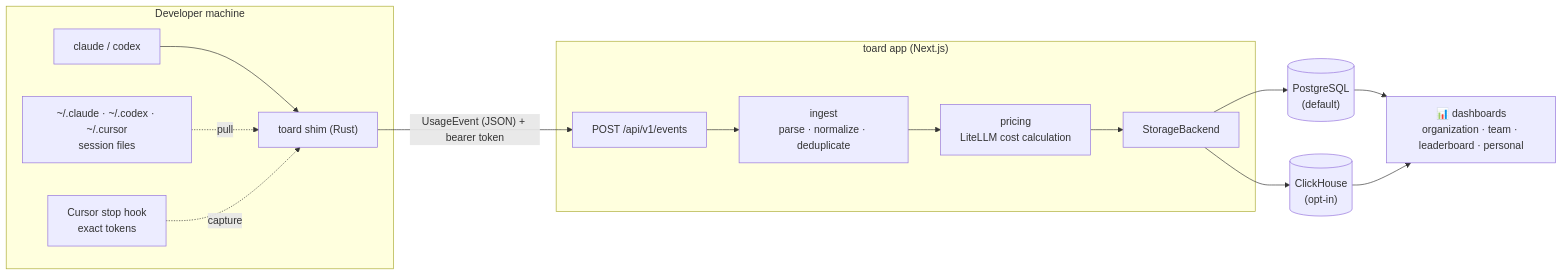
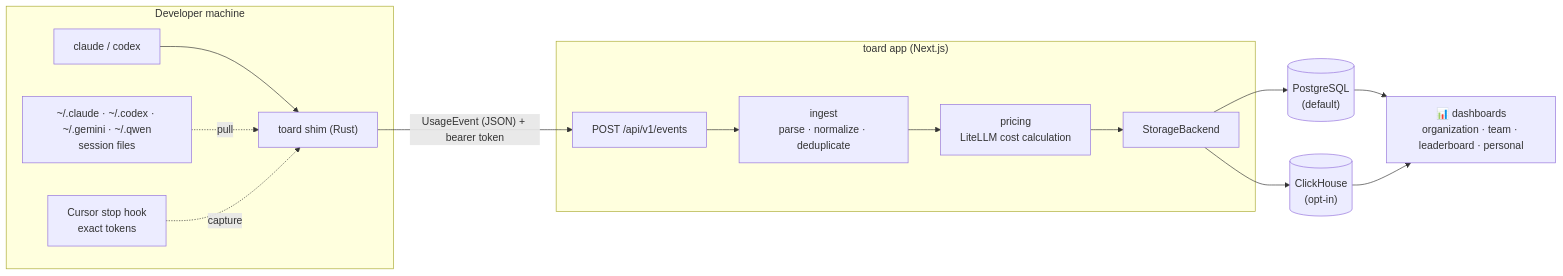
Before and after one commit to devy1540/toard: the diagram in README.md, drawn with Mermaid. The commit also changed other lines of this file and 6 other files, not shown here.

````diff
--- a/README.md
+++ b/README.md
@@ -45,18 +45,18 @@
 ```mermaid
 flowchart LR
     subgraph dev["Developer machine"]
         CLI["claude / codex"] --> SHIM["toard shim (Rust)"]
-        FILES["~/.claude · ~/.codex · ~/.cursor<br/>session files"] -. "pull" .-> SHIM
+        FILES["~/.claude · ~/.codex · ~/.gemini · ~/.qwen<br/>session files"] -. "pull" .-> SHIM
         CURSOR["Cursor stop hook<br/>exact tokens"] -. "capture" .-> SHIM
     end
     SHIM -- "UsageEvent (JSON) + bearer token" --> API["POST /api/v1/events"]
     subgraph app["toard app (Next.js)"]
         API --> INGEST["ingest<br/>parse · normalize · deduplicate"]
         INGEST --> PRICE["pricing<br/>LiteLLM cost calculation"]
         PRICE --> SB["StorageBackend"]
     end
     SB --> PG[("PostgreSQL<br/>(default)")]
     SB --> CH[("ClickHouse<br/>(opt-in)")]
     PG --> DASH["📊 dashboards<br/>organization · team · leaderboard · personal"]
     CH --> DASH
 ```
````
